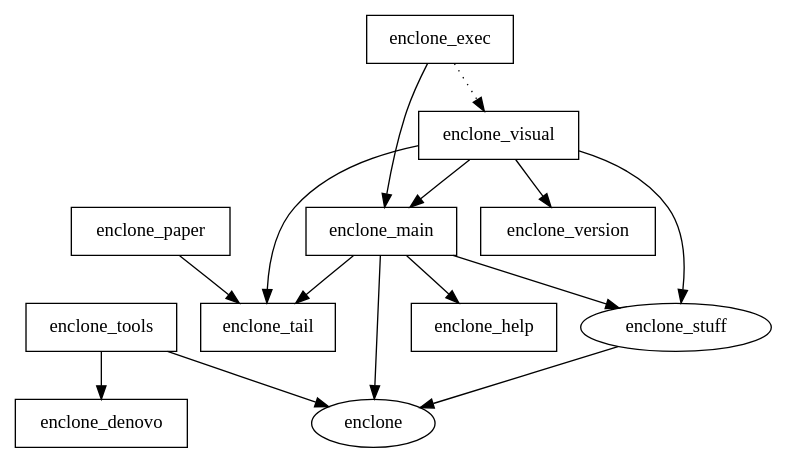
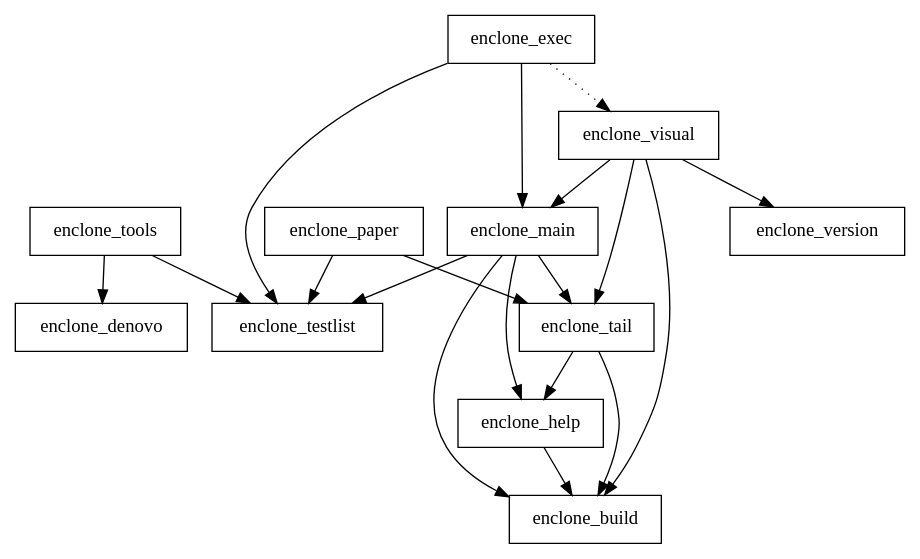
Before and after one commit to 10XGenomics/enclone: the diagram in crates.dot, drawn with Graphviz. The commit also changed 2 other files, not shown here.

```diff
--- a/crates.dot
+++ b/crates.dot
@@ -1,27 +1,31 @@
 digraph {
     0 [ label = "enclone_denovo" shape = box]
     1 [ label = "enclone_exec" shape = box]
     2 [ label = "enclone_main" shape = box]
-    3 [ label = "enclone_help" shape = box]
-    4 [ label = "enclone_tail" shape = box]
-    5 [ label = "enclone_visual" shape = box]
-    6 [ label = "enclone_version" shape = box]
-    7 [ label = "enclone_tools" shape = box]
-    8 [ label = "enclone_paper" shape = box]
-    41 [ label = "enclone" ]
-    45 [ label = "enclone_stuff" ]
+    3 [ label = "enclone_build" shape = box]
+    4 [ label = "enclone_help" shape = box]
+    5 [ label = "enclone_tail" shape = box]
+    6 [ label = "enclone_testlist" shape = box]
+    7 [ label = "enclone_visual" shape = box]
+    8 [ label = "enclone_version" shape = box]
+    9 [ label = "enclone_tools" shape = box]
+    10 [ label = "enclone_paper" shape = box]
     1 -> 2 [ ]
-    1 -> 5 [ style = dotted]
-    2 -> 41 [ ]
+    1 -> 6 [ ]
+    1 -> 7 [ style = dotted]
     2 -> 3 [ ]
-    2 -> 45 [ ]
     2 -> 4 [ ]
-    5 -> 2 [ ]
-    5 -> 45 [ ]
+    2 -> 5 [ ]
+    2 -> 6 [ ]
+    4 -> 3 [ ]
+    5 -> 3 [ ]
     5 -> 4 [ ]
-    5 -> 6 [ ]
-    7 -> 41 [ ]
-    7 -> 0 [ ]
-    8 -> 4 [ ]
-    45 -> 41 [ ]
+    7 -> 3 [ ]
+    7 -> 2 [ ]
+    7 -> 5 [ ]
+    7 -> 8 [ ]
+    9 -> 0 [ ]
+    9 -> 6 [ ]
+    10 -> 5 [ ]
+    10 -> 6 [ ]
 }
```
